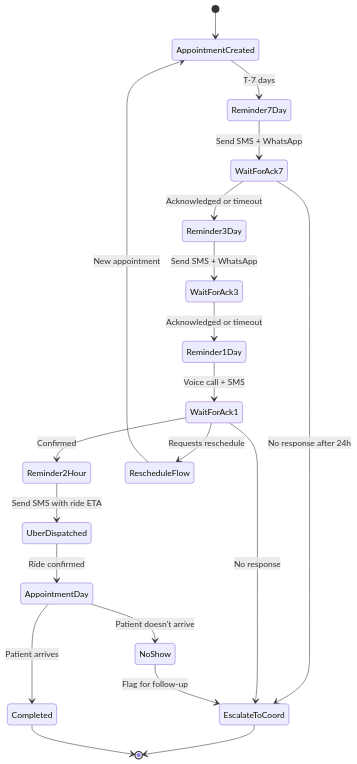
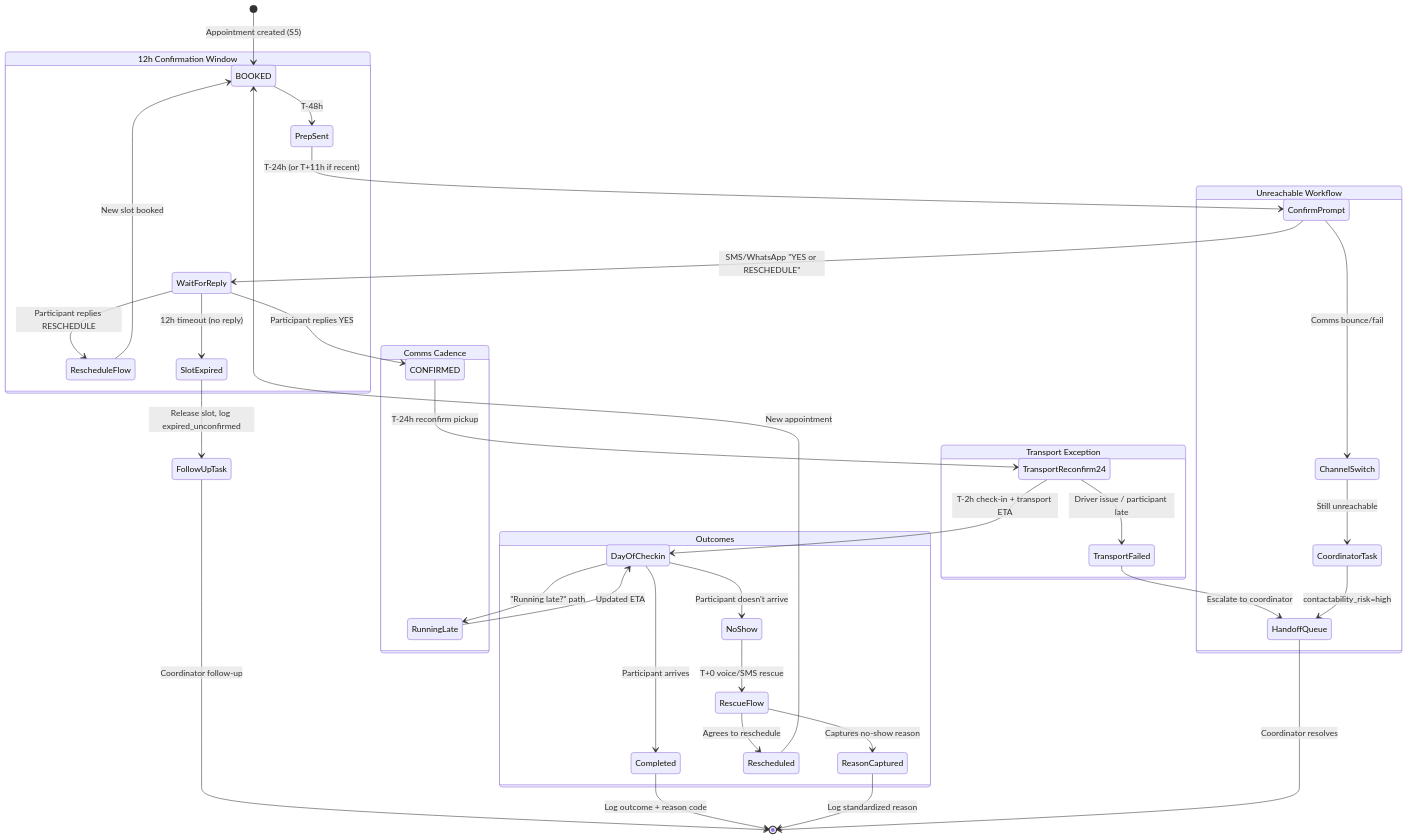
Before and after one commit to wilsonwolf/ask_mary: the third of 10 diagrams in local_docs/ask_mary_plan.md, drawn with Mermaid. The commit also changed other lines of this file and 2 other files, not shown here.

First line of the commit message:
docs: add human setup checklist, expand agent workflow and plan v2

````diff
--- a/local_docs/ask_mary_plan.md
+++ b/local_docs/ask_mary_plan.md
@@ -442,30 +598,53 @@
 ```mermaid
 stateDiagram-v2
-    [*] --> AppointmentCreated
+    [*] --> SlotBooked: Appointment created (S5)
 
-    AppointmentCreated --> Reminder7Day: T-7 days
-    Reminder7Day --> WaitForAck7: Send SMS + WhatsApp
+    state "BOOKED" as SlotBooked
+    state "12h Confirmation Window" as ConfWindow {
+        SlotBooked --> PrepSent: T-48h
+        PrepSent --> ConfirmPrompt: T-24h (or T+11h if recent)
+        ConfirmPrompt --> WaitForReply: SMS/WhatsApp "YES or RESCHEDULE"
 
-    WaitForAck7 --> Reminder3Day: Acknowledged or timeout
-    WaitForAck7 --> EscalateToCoord: No response after 24h
+        WaitForReply --> Confirmed: Participant replies YES
+        WaitForReply --> RescheduleFlow: Participant replies RESCHEDULE
+        WaitForReply --> SlotExpired: 12h timeout (no reply)
+    }
 
-    Reminder3Day --> WaitForAck3: Send SMS + WhatsApp
-    WaitForAck3 --> Reminder1Day: Acknowledged or timeout
+    state "CONFIRMED" as Confirmed
+    state "Comms Cadence" as CommsCadence {
+        Confirmed --> TransportReconfirm24: T-24h reconfirm pickup
+        TransportReconfirm24 --> DayOfCheckin: T-2h check-in + transport ETA
+        DayOfCheckin --> RunningLate: "Running late?" path
+        RunningLate --> DayOfCheckin: Updated ETA
+    }
 
-    Reminder1Day --> WaitForAck1: Voice call + SMS
-    WaitForAck1 --> Reminder2Hour: Confirmed
-    WaitForAck1 --> RescheduleFlow: Requests reschedule
-    WaitForAck1 --> EscalateToCoord: No response
+    state "Outcomes" as Outcomes {
+        DayOfCheckin --> Completed: Participant arrives
+        DayOfCheckin --> NoShow: Participant doesn't arrive
+        NoShow --> RescueFlow: T+0 voice/SMS rescue
+        RescueFlow --> Rescheduled: Agrees to reschedule
+        RescueFlow --> ReasonCaptured: Captures no-show reason
+    }
 
-    RescheduleFlow --> AppointmentCreated: New appointment
+    SlotExpired --> FollowUpTask: Release slot, log expired_unconfirmed
+    FollowUpTask --> [*]: Coordinator follow-up
 
-    Reminder2Hour --> UberDispatched: Send SMS with ride ETA
-    UberDispatched --> AppointmentDay: Ride confirmed
+    RescheduleFlow --> SlotBooked: New slot booked
 
-    AppointmentDay --> Completed: Patient arrives
-    AppointmentDay --> NoShow: Patient doesn't arrive
-    NoShow --> EscalateToCoord: Flag for follow-up
+    Rescheduled --> SlotBooked: New appointment
 
-    EscalateToCoord --> [*]
-    Completed --> [*]
+    state "Transport Exception" as TransportEx {
+        TransportReconfirm24 --> TransportFailed: Driver issue / participant late
+        TransportFailed --> HandoffQueue: Escalate to coordinator
+    }
+
+    state "Unreachable Workflow" as Unreachable {
+        ConfirmPrompt --> ChannelSwitch: Comms bounce/fail
+        ChannelSwitch --> CoordinatorTask: Still unreachable
+        CoordinatorTask --> HandoffQueue: contactability_risk=high
+    }
+
+    Completed --> [*]: Log outcome + reason code
+    ReasonCaptured --> [*]: Log standardized reason
+    HandoffQueue --> [*]: Coordinator resolves
 ```
````
